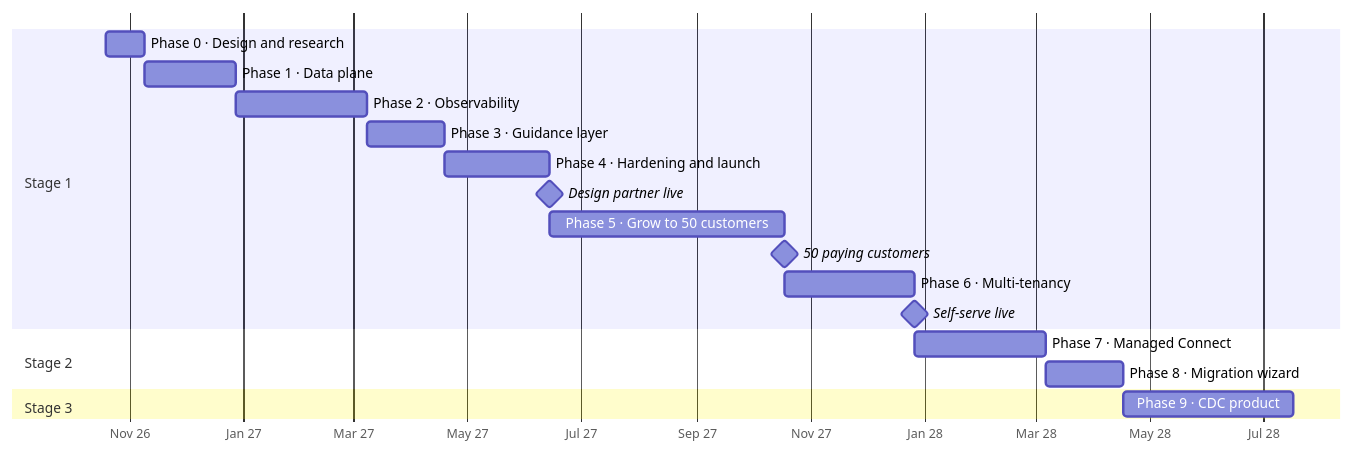
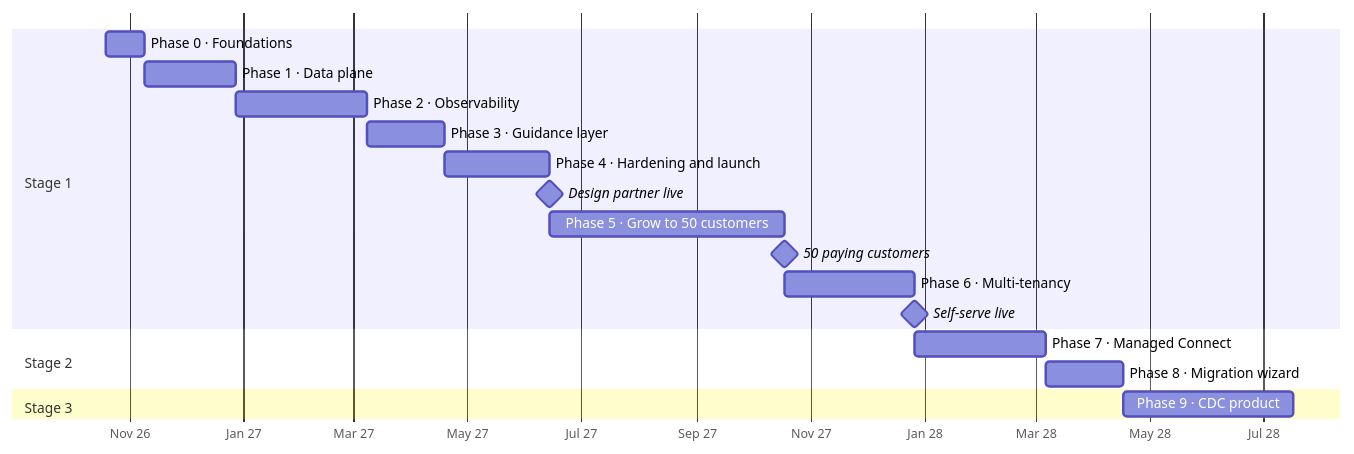
The second of 2 diagrams in docs/PROJECT_PLAN.md (ReneP92/changeport), drawn with Mermaid before and after one commit. The commit also changed other lines of this file, not shown here.

````diff
--- a/docs/PROJECT_PLAN.md
+++ b/docs/PROJECT_PLAN.md
@@ -140,23 +145,23 @@
 ```mermaid
 gantt
   dateFormat YYYY-MM-DD
   axisFormat %b %y
   tickInterval 2month
   todayMarker off
   section Stage 1
-  Phase 0 · Design and research      :p0, 2026-10-19, 3w
+  Phase 0 · Foundations              :p0, 2026-10-19, 3w
   Phase 1 · Data plane               :p1, after p0, 7w
   Phase 2 · Observability            :p2, after p1, 10w
   Phase 3 · Guidance layer           :p3, after p2, 6w
   Phase 4 · Hardening and launch     :p4, after p3, 8w
   Design partner live                :milestone, after p4, 0d
   Phase 5 · Grow to 50 customers     :p5, after p4, 18w
   50 paying customers                :milestone, after p5, 0d
   Phase 6 · Multi-tenancy            :p6, after p5, 10w
   Self-serve live                    :milestone, after p6, 0d
   section Stage 2
   Phase 7 · Managed Connect          :p7, after p6, 10w
   Phase 8 · Migration wizard         :p8, after p7, 6w
   section Stage 3
   Phase 9 · CDC product              :p9, after p8, 13w
 ```
````
